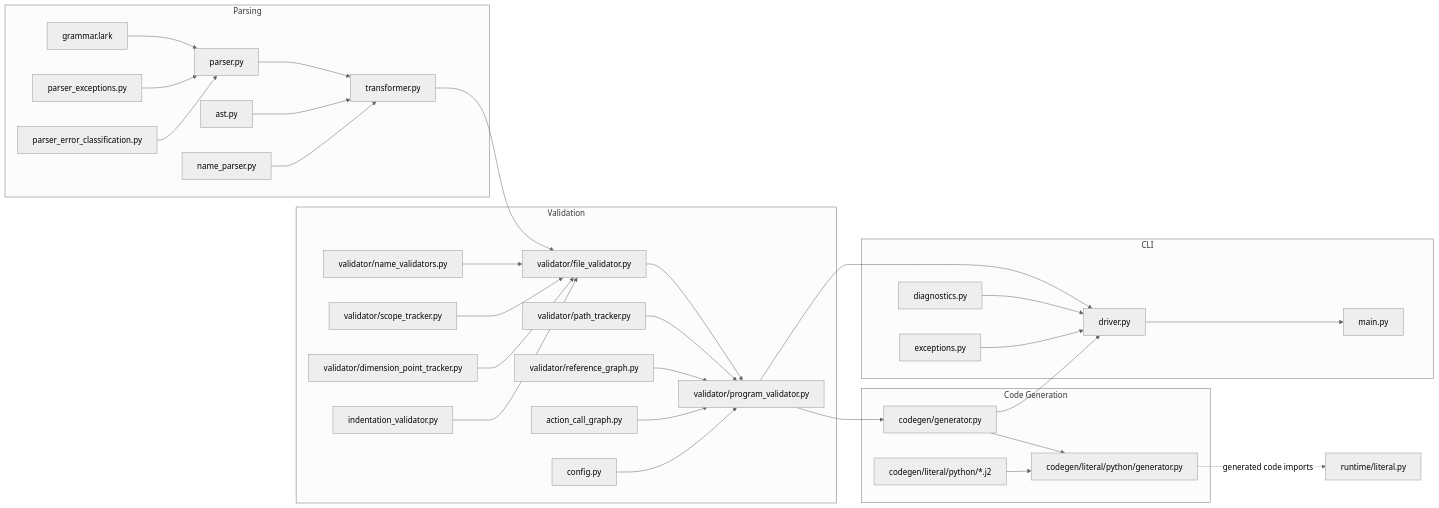
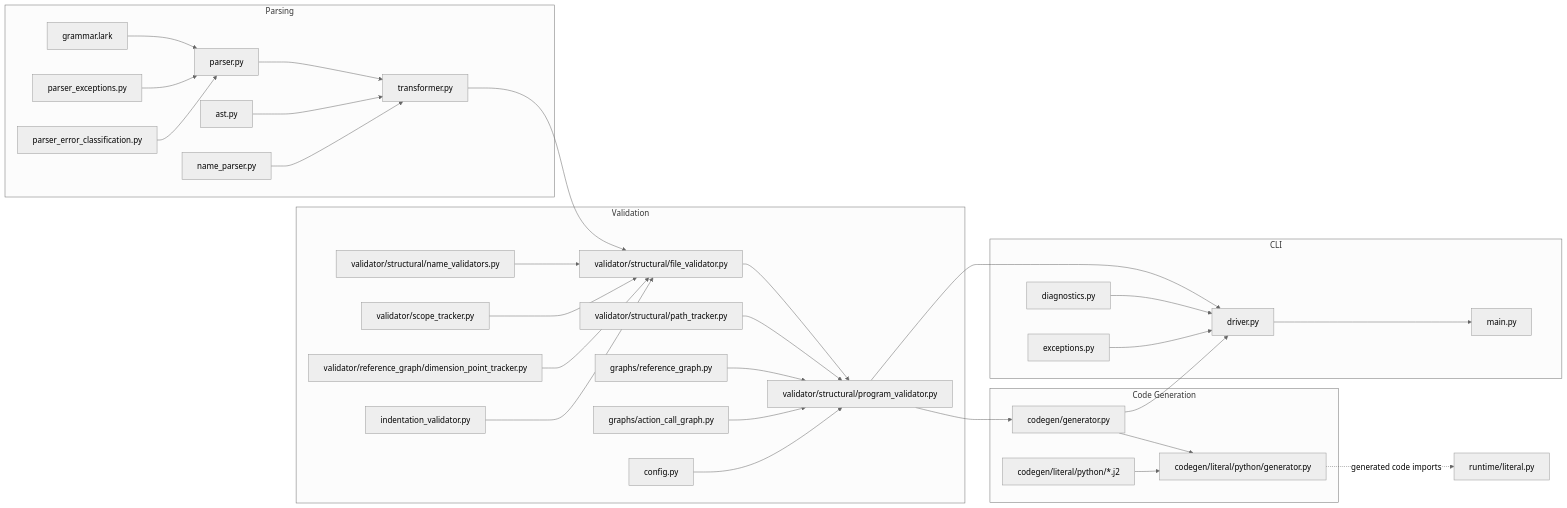
The diagram in define/AGENTS.md (define-lang/define), drawn with Mermaid (neutral theme) before and after one commit. The commit also changed 45 other files, not shown here.

First line of the commit message:
Split validator/ into structural/ and reference_graph/ subpackages.

````diff
--- a/define/AGENTS.md
+++ b/define/AGENTS.md
@@ -26,40 +26,40 @@
 ```mermaid
 flowchart LR
     subgraph Parsing
         Grammar["grammar.lark"] --> Parser["parser.py"]
         ParseErrors["parser_exceptions.py"] --> Parser
         ErrorClassification["parser_error_classification.py"] --> Parser
         Parser --> Transformer["transformer.py"]
         AST["ast.py"] --> Transformer
         NameParser["name_parser.py"] --> Transformer
     end
 
     subgraph Validation
-        Transformer --> FileValidator["validator/file_validator.py"]
-        NameValidators["validator/name_validators.py"] --> FileValidator
+        Transformer --> FileValidator["validator/structural/file_validator.py"]
+        NameValidators["validator/structural/name_validators.py"] --> FileValidator
         ScopeTracker["validator/scope_tracker.py"] --> FileValidator
-        DPTracker["validator/dimension_point_tracker.py"] --> FileValidator
+        DPTracker["validator/reference_graph/dimension_point_tracker.py"] --> FileValidator
         IndentValidator["indentation_validator.py"] --> FileValidator
-        FileValidator --> ProgramValidator["validator/program_validator.py"]
-        PathTracker["validator/path_tracker.py"] --> ProgramValidator
-        ReferenceGraph["validator/reference_graph.py"] --> ProgramValidator
-        ActionCallGraph["action_call_graph.py"] --> ProgramValidator
+        FileValidator --> ProgramValidator["validator/structural/program_validator.py"]
+        PathTracker["validator/structural/path_tracker.py"] --> ProgramValidator
+        ReferenceGraph["graphs/reference_graph.py"] --> ProgramValidator
+        ActionCallGraph["graphs/action_call_graph.py"] --> ProgramValidator
         Config["config.py"] --> ProgramValidator
     end
 
     subgraph CodeGen["Code Generation"]
         ProgramValidator --> CodeGenerator["codegen/generator.py"]
         CodeGenerator --> PythonGenerator["codegen/literal/python/generator.py"]
         Template["codegen/literal/python/*.j2"] --> PythonGenerator
     end
 
     subgraph CLI
         CodeGenerator --> Driver["driver.py"]
         ProgramValidator --> Driver
         Diagnostics["diagnostics.py"] --> Driver
         Exceptions["exceptions.py"] --> Driver
         Driver --> Main["main.py"]
     end
 
     PythonGenerator -.->|generated code imports| Runtime["runtime/literal.py"]
 ```
````
